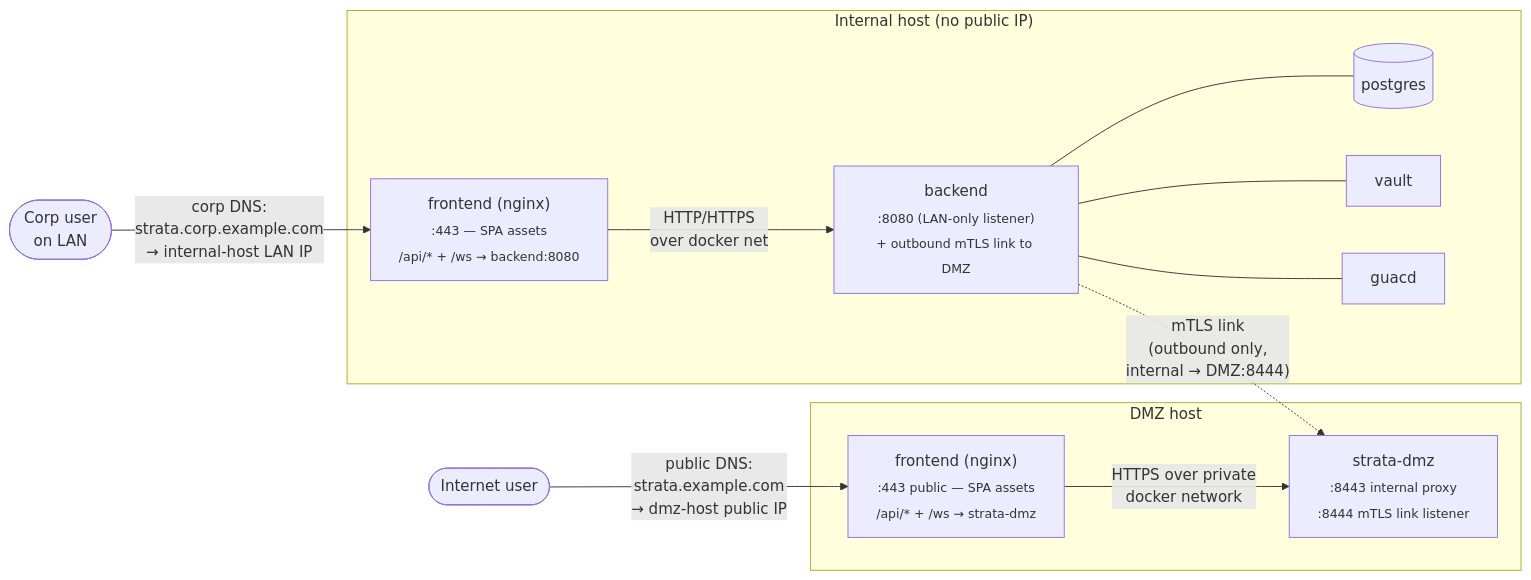
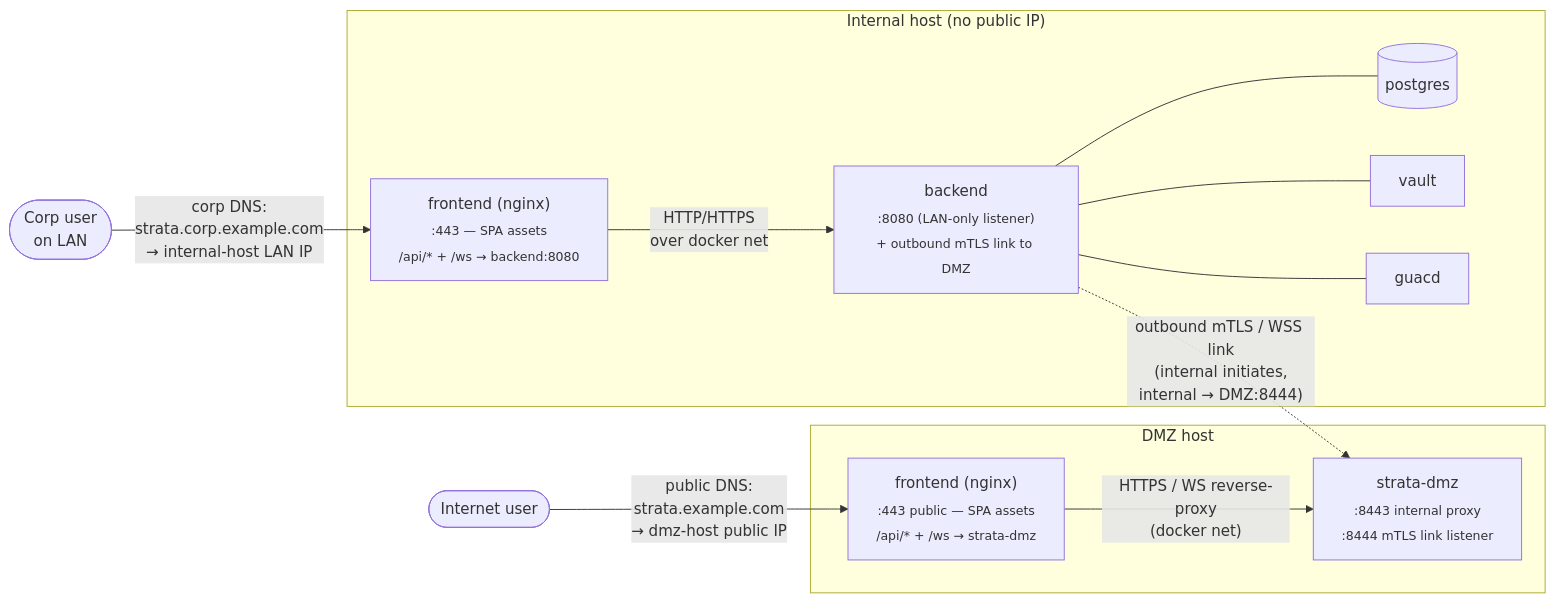
Before and after one commit to Bails309/strata-client: the third of 3 diagrams in docs/deployment.md, drawn with Mermaid.

Commit message:
docs(dmz): clarify A.7 mermaid - DFE-SDMZ is reverse-proxy, BE-SDMZ is the WSS tunnel (#86)
Renames the DFE -> SDMZ arrow to 'HTTPS / WS reverse-proxy (docker net)' and refines the BE -.-> SDMZ label to 'outbound mTLS / WSS link (internal initiates)'. The previous wording risked implying the persistent tunnel terminated at the DMZ frontend; in reality the WSS tunnel is the BE <-> SDMZ link, and the DFE just reverse-proxies user traffic to SDMZ over the local docker network.

````diff
--- a/docs/deployment.md
+++ b/docs/deployment.md
@@ -1567,27 +1567,27 @@
 ```mermaid
 flowchart LR
     Corp([Corp user<br/>on LAN])
     Net([Internet user])
 
     subgraph InternalHost["Internal host (no public IP)"]
         IFE["frontend (nginx)<br/><sub>:443 — SPA assets<br/>/api/* + /ws → backend:8080</sub>"]
         BE["backend<br/><sub>:8080 (LAN-only listener)<br/>+ outbound mTLS link to DMZ</sub>"]
         PG[("postgres")]
         VA["vault"]
         GD["guacd"]
         IFE -->|"HTTP/HTTPS<br/>over docker net"| BE
         BE --- PG
         BE --- VA
         BE --- GD
     end
 
     subgraph DMZHost["DMZ host"]
         DFE["frontend (nginx)<br/><sub>:443 public — SPA assets<br/>/api/* + /ws → strata-dmz</sub>"]
         SDMZ["strata-dmz<br/><sub>:8443 internal proxy<br/>:8444 mTLS link listener</sub>"]
-        DFE -->|"HTTPS over private<br/>docker network"| SDMZ
+        DFE -->|"HTTPS / WS reverse-proxy<br/>(docker net)"| SDMZ
     end
 
     Corp -->|"corp DNS:<br/>strata.corp.example.com<br/>→ internal-host LAN IP"| IFE
     Net -->|"public DNS:<br/>strata.example.com<br/>→ dmz-host public IP"| DFE
-    BE -.->|"mTLS link<br/>(outbound only,<br/>internal → DMZ:8444)"| SDMZ
+    BE -.->|"outbound mTLS / WSS link<br/>(internal initiates,<br/>internal → DMZ:8444)"| SDMZ
 ```
````
